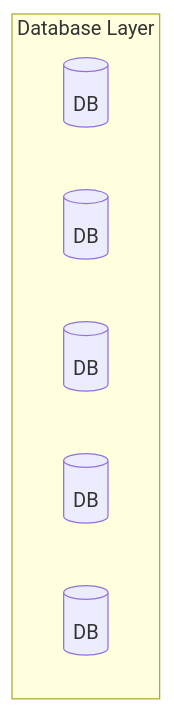
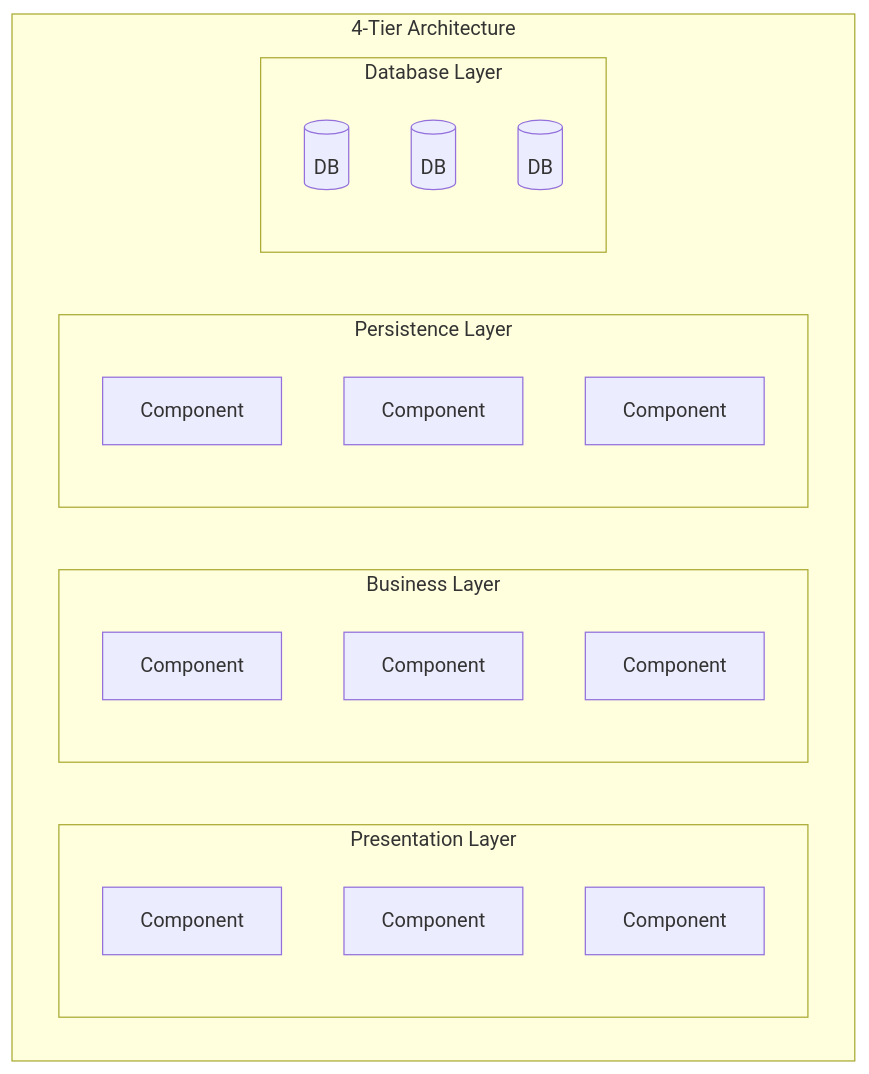
One commit to juho0719/til changed the diagram in ddd/2023-01-23 Layered Architecture.md. Above: the diagram before and after it, drawn with Mermaid. The commit also changed other lines of this file, not shown here.

````diff
--- a/ddd/2023-01-23 Layered Architecture.md
+++ b/ddd/2023-01-23 Layered Architecture.md
@@ -81,10 +20,25 @@
 ```mermaid
 graph
-	subgraph Database Layer
-		id1[(DB)]
-		id2[(DB)]
-		id3[(DB)]
-		id4[(DB)]
-		id5[(DB)]
+	subgraph 4-Tier Architecture
+		subgraph Presentation Layer
+			id1[Component]
+			id2[Component]
+			id3[Component]
+		end
+		subgraph Business Layer
+			id4[Component]
+			id5[Component]
+			id6[Component]
+		end
+		subgraph Persistence Layer
+			id7[Component]
+			id8[Component]
+			id9[Component]
+		end
+		subgraph Database Layer
+			id10[(DB)]
+			id11[(DB)]
+			id12[(DB)]
+		end
 	end
 ```
````
